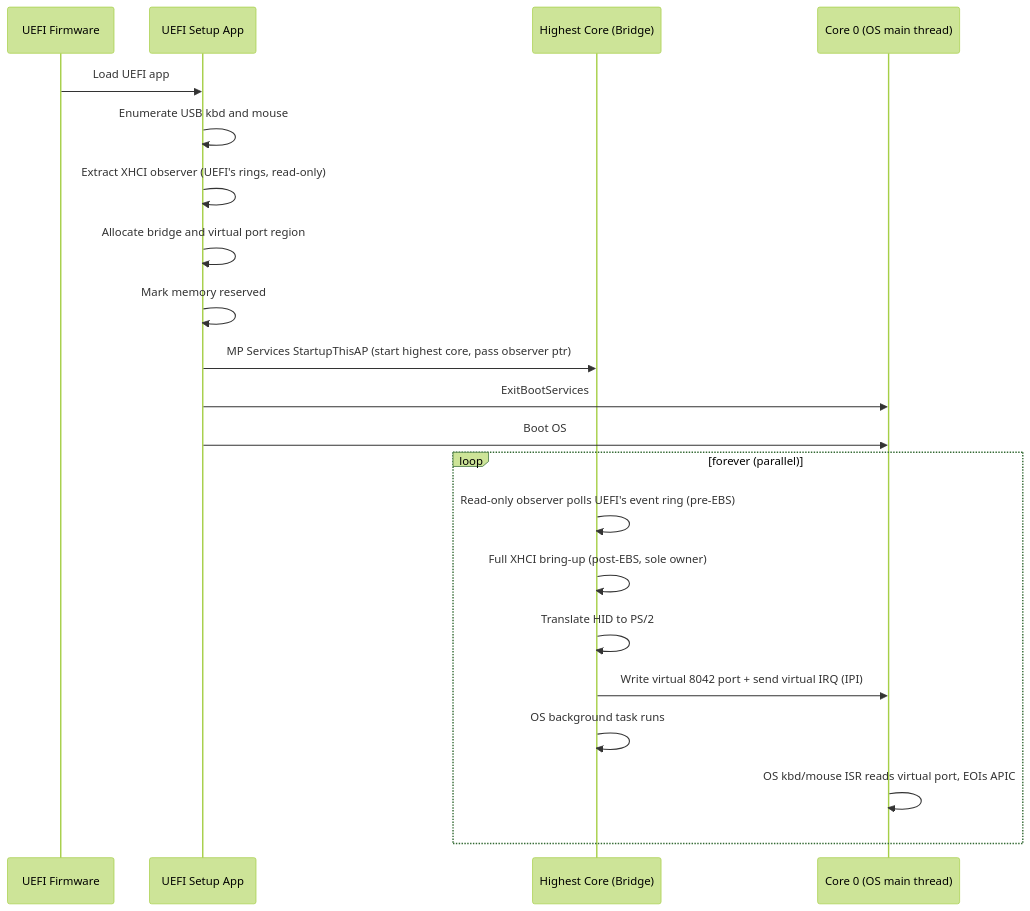
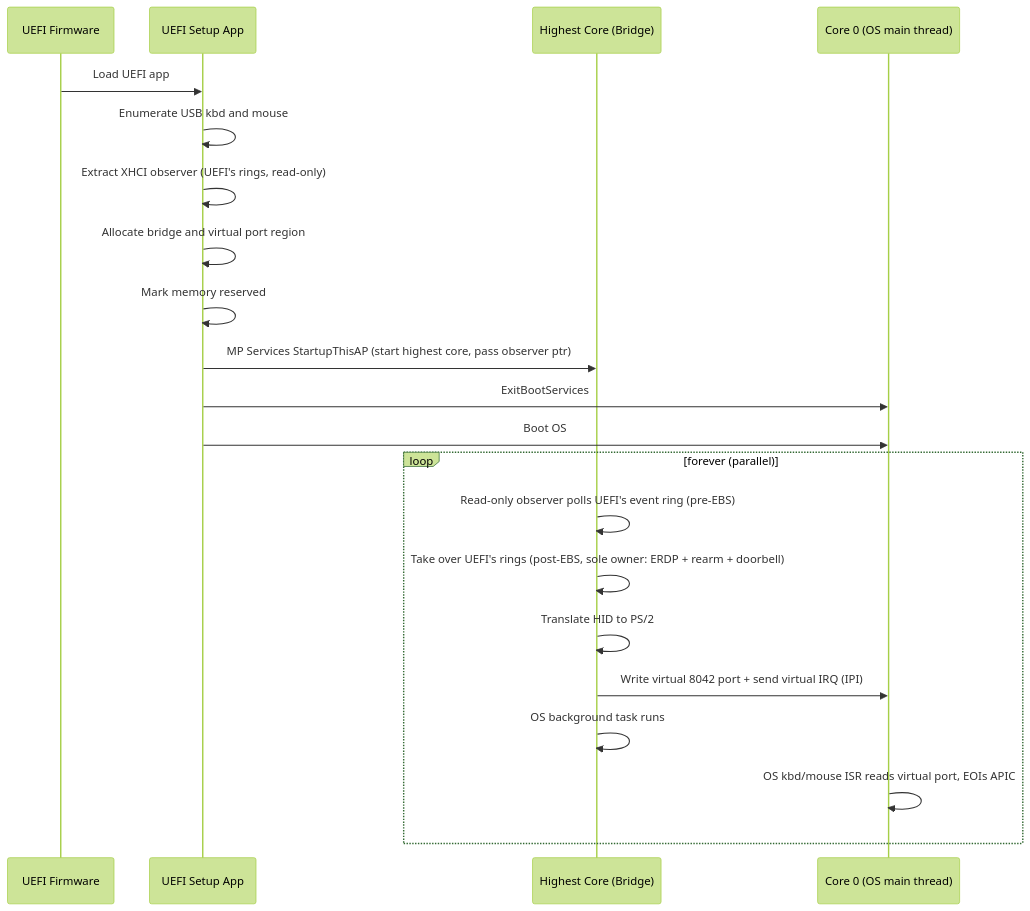
Before and after one commit to matjp/USB-Serial-Bridge: the second of 2 diagrams in docs/architecture.md, drawn with Mermaid (forest theme). The commit also changed other lines of this file and 4 other files, not shown here.

First line of the commit message:
B1: true takeover of UEFI's xHCI rings after ExitBootServices

````diff
--- a/docs/architecture.md
+++ b/docs/architecture.md
@@ -404,23 +404,23 @@
 ```mermaid
 sequenceDiagram
     participant FW as UEFI Firmware
     participant APP as UEFI Setup App
     participant CN as Highest Core (Bridge)
     participant C0 as Core 0 (OS main thread)
     FW->>APP: Load UEFI app
     APP->>APP: Enumerate USB kbd and mouse
     APP->>APP: Extract XHCI observer (UEFI's rings, read-only)
     APP->>APP: Allocate bridge and virtual port region
     APP->>APP: Mark memory reserved
     APP->>CN: MP Services StartupThisAP (start highest core, pass observer ptr)
     APP->>C0: ExitBootServices
     APP->>C0: Boot OS
     loop forever (parallel)
         CN->>CN: Read-only observer polls UEFI's event ring (pre-EBS)
-        CN->>CN: Full XHCI bring-up (post-EBS, sole owner)
+        CN->>CN: Take over UEFI's rings (post-EBS, sole owner: ERDP + rearm + doorbell)
         CN->>CN: Translate HID to PS/2
         CN->>C0: Write virtual 8042 port + send virtual IRQ (IPI)
         CN->>CN: OS background task runs
         C0->>C0: OS kbd/mouse ISR reads virtual port, EOIs APIC
     end
 ```
````
